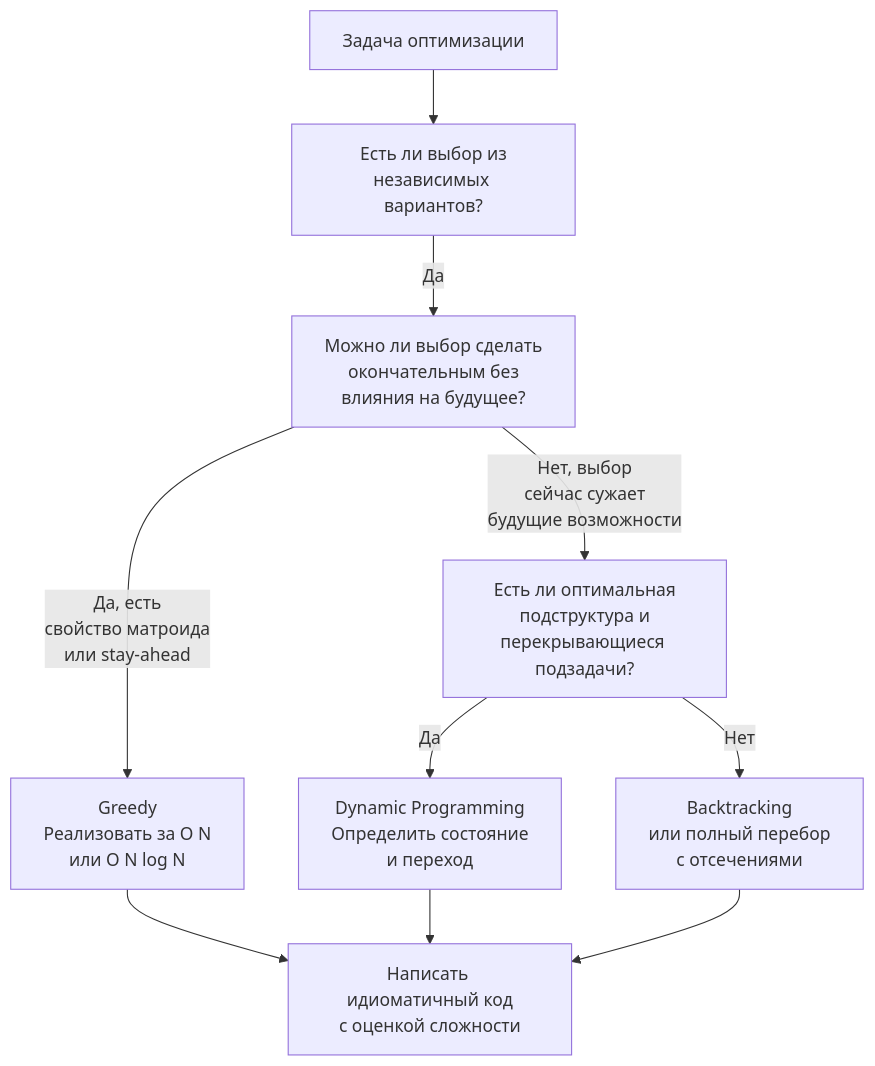
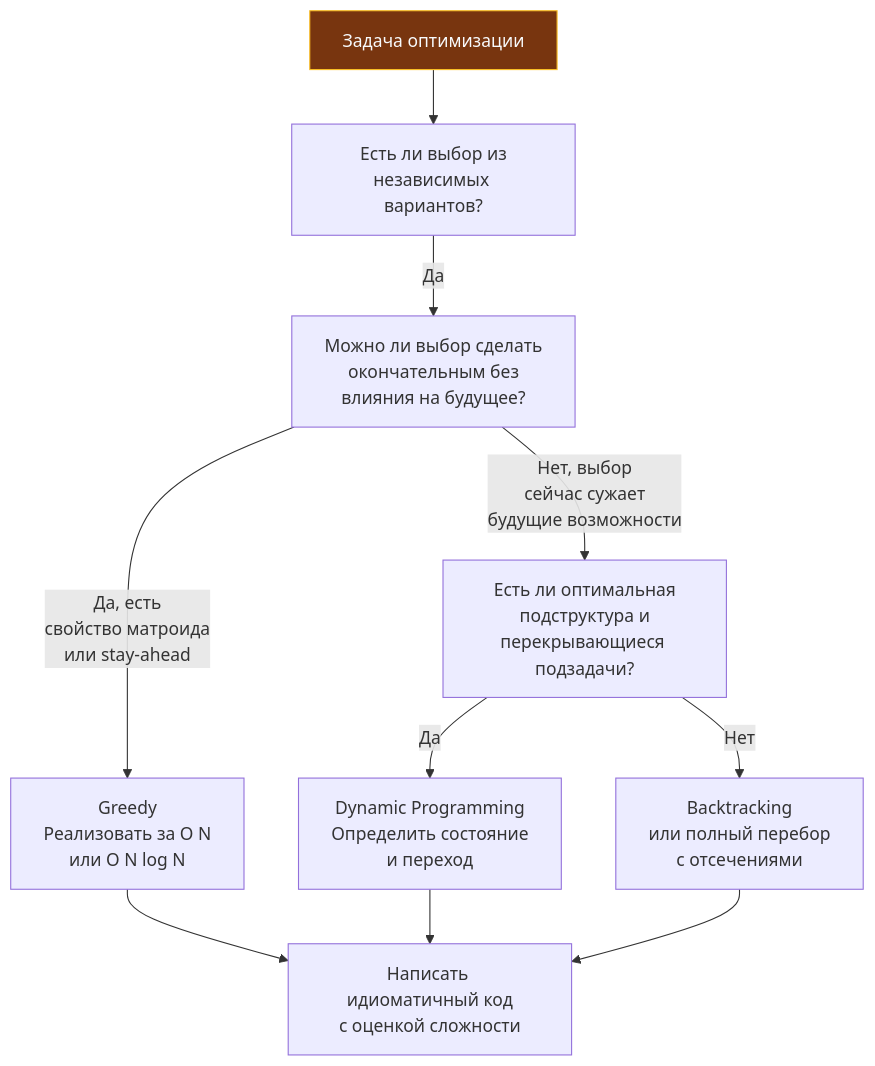
One commit to UnrealTemplier/go-textbook changed the second of 2 diagrams in sources/21. Задачи с LeetCode и собеседований на Go/01. Теория/11. Когда выбирать greedy, а когда dynamic programming.md. Above: the diagram before and after it, drawn with Mermaid. The commit also changed other lines of this file and 1666 other files, not shown here.

First line of the commit message:
feat(mermaid): add semantic color classDef to 1369 colorless flowchart/graph diagrams

````diff
--- a/sources/21. Задачи с LeetCode и собеседований на Go/01. Теория/11. Когда выбирать greedy, а когда dynamic programming.md
+++ b/sources/21. Задачи с LeetCode и собеседований на Go/01. Теория/11. Когда выбирать greedy, а когда dynamic programming.md
@@ -152,12 +162,22 @@
 ```mermaid
 flowchart TD
-    Start["Задача оптимизации"] --> S1["Есть ли выбор из<br>независимых вариантов?"]
+    classDef process  fill:#1e293b,stroke:#38bdf8,stroke-width:1px,color:#f8fafc
+    classDef success  fill:#064e3b,stroke:#34d399,stroke-width:1px,color:#f8fafc
+    classDef error    fill:#7f1d1d,stroke:#f87171,stroke-width:1px,color:#f8fafc
+    classDef warning  fill:#78350f,stroke:#fbbf24,stroke-width:1px,color:#f8fafc
+    classDef entry    fill:#1e3a5f,stroke:#38bdf8,stroke-width:2px,color:#f8fafc
+    classDef aux      fill:#334155,stroke:#64748b,stroke-width:1px,color:#f8fafc
+    classDef system   fill:#312e81,stroke:#a78bfa,stroke-width:1px,color:#f8fafc
+    classDef data     fill:#132d29,stroke:#2dd4bf,stroke-width:1px,color:#f8fafc
+    classDef network  fill:#881337,stroke:#fb7185,stroke-width:1px,color:#f8fafc
+    classDef accent   fill:#1e1b4b,stroke:#818cf8,stroke-width:1px,color:#f8fafc
+    Start["Задача оптимизации"]:::warning --> S1["Есть ли выбор из<br>независимых вариантов?"]
     S1 -->|"Да"| S2["Можно ли выбор сделать<br>окончательным без<br>влияния на будущее?"]
     S2 -->|"Да, есть<br>свойство матроида<br>или stay-ahead"| GreedyOk["Greedy<br>Реализовать за O N<br>или O N log N"]
     S2 -->|"Нет, выбор<br>сейчас сужает<br>будущие возможности"| S3["Есть ли оптимальная<br>подструктура и<br>перекрывающиеся подзадачи?"]
     S3 -->|"Да"| DP["Dynamic Programming<br>Определить состояние<br>и переход"]
     S3 -->|"Нет"| Backtrack["Backtracking<br>или полный перебор<br>с отсечениями"]
     GreedyOk --> Code["Написать идиоматичный код<br>с оценкой сложности"]
     DP --> Code
     Backtrack --> Code
 ```
````
